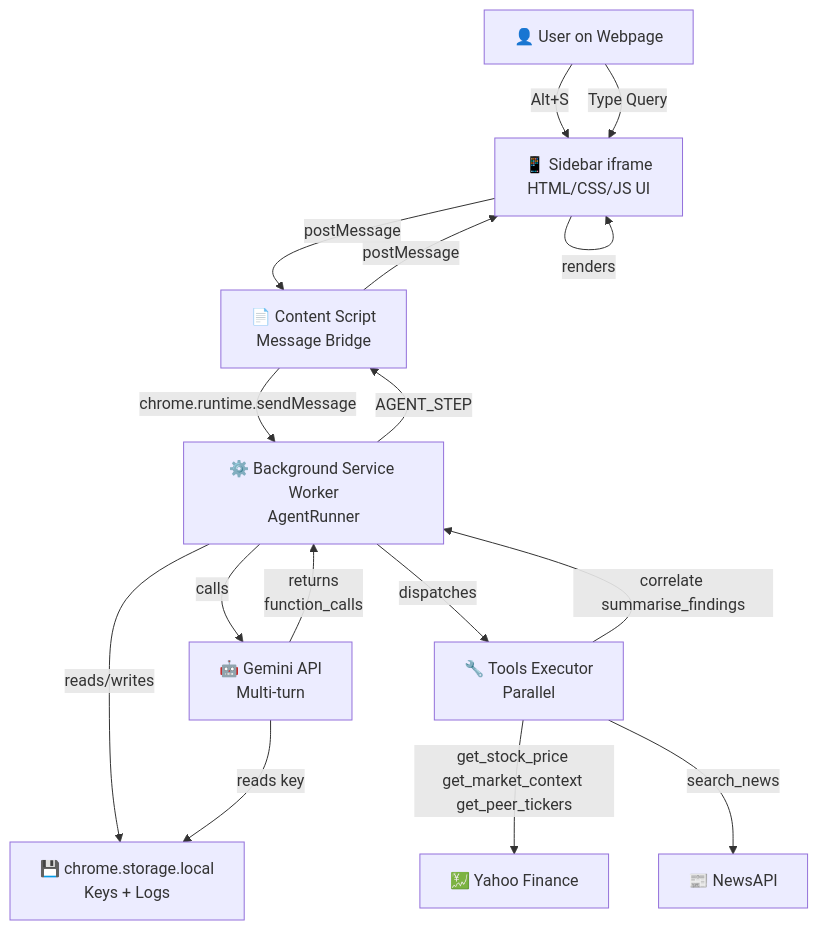
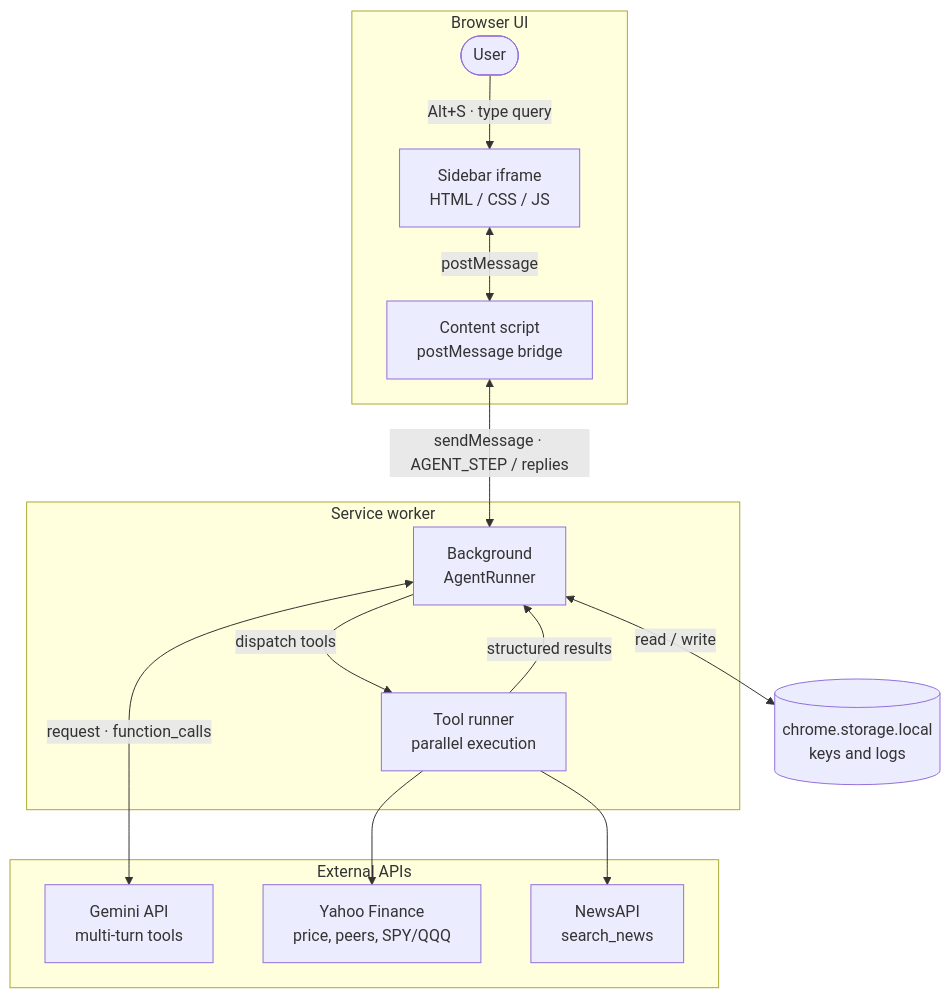
Before and after one commit to mkthoma/stockpulse: the first of 2 diagrams in README.md, drawn with Mermaid. The commit also changed other lines of this file and 1 other file, not shown here.

````diff
--- a/README.md
+++ b/README.md
@@ -126,28 +112,31 @@
 ```mermaid
-graph TB
-    USER["👤 User on Webpage"]
-    SIDEBAR["📱 Sidebar iframe<br/>HTML/CSS/JS UI"]
-    CONTENT["📄 Content Script<br/>Message Bridge"]
-    BG["⚙️ Background Service Worker<br/>AgentRunner"]
-    GEMINI["🤖 Gemini API<br/>Multi-turn"]
-    TOOLS["🔧 Tools Executor<br/>Parallel"]
-    YAHOO["💹 Yahoo Finance"]
-    NEWS["📰 NewsAPI"]
-    STORAGE["💾 chrome.storage.local<br/>Keys + Logs"]
+flowchart TB
+    subgraph UI["Browser UI"]
+        USER(["User"])
+        SIDEBAR["Sidebar iframe<br/>HTML / CSS / JS"]
+        CONTENT["Content script<br/>postMessage bridge"]
+    end
 
-    USER -->|Alt+S| SIDEBAR
-    USER -->|Type Query| SIDEBAR
-    SIDEBAR -->|postMessage| CONTENT
-    CONTENT -->|chrome.runtime.sendMessage| BG
-    BG -->|calls| GEMINI
-    GEMINI -->|returns<br/>function_calls| BG
-    BG -->|dispatches| TOOLS
-    TOOLS -->|get_stock_price get_market_context get_peer_tickers| YAHOO
-    TOOLS -->|search_news| NEWS
-    TOOLS -->|correlate summarise_findings| BG
-    BG -->|AGENT_STEP| CONTENT
-    CONTENT -->|postMessage| SIDEBAR
-    SIDEBAR -->|renders| SIDEBAR
-    BG -->|reads/writes| STORAGE
-    GEMINI -->|reads key| STORAGE
+    subgraph SW["Service worker"]
+        BG["Background<br/>AgentRunner"]
+        TOOLS["Tool runner<br/>parallel execution"]
+    end
+
+    subgraph EXT["External APIs"]
+        GEMINI["Gemini API<br/>multi-turn tools"]
+        YAHOO["Yahoo Finance<br/>price, peers, SPY/QQQ"]
+        NEWS["NewsAPI<br/>search_news"]
+    end
+
+    STORE[("chrome.storage.local<br/>keys and logs")]
+
+    USER -->|"Alt+S · type query"| SIDEBAR
+    SIDEBAR <-->|postMessage| CONTENT
+    CONTENT <-->|"sendMessage · AGENT_STEP / replies"| BG
+    BG <-->|"request · function_calls"| GEMINI
+    BG -->|dispatch tools| TOOLS
+    TOOLS --> YAHOO
+    TOOLS --> NEWS
+    TOOLS -->|structured results| BG
+    BG <-->|read / write| STORE
 ```
````
